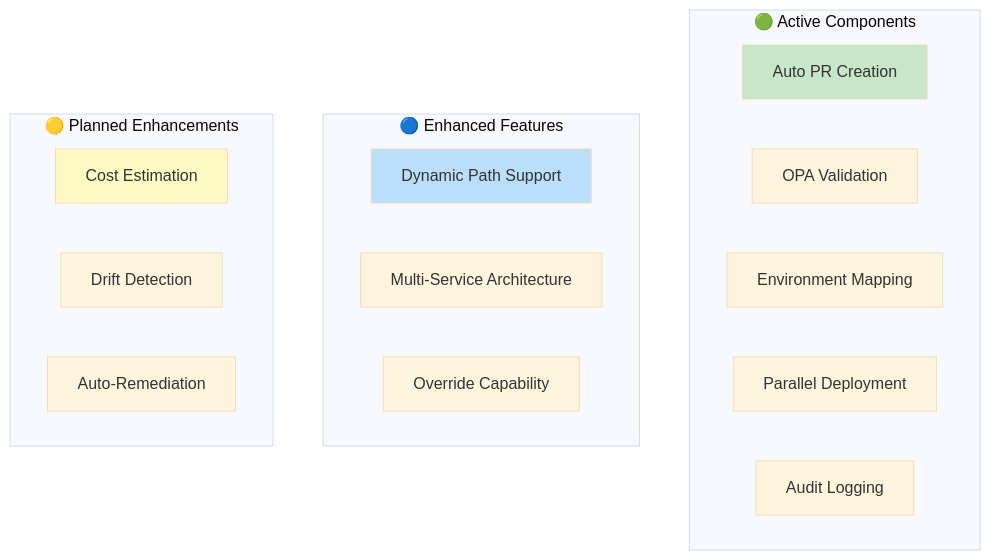
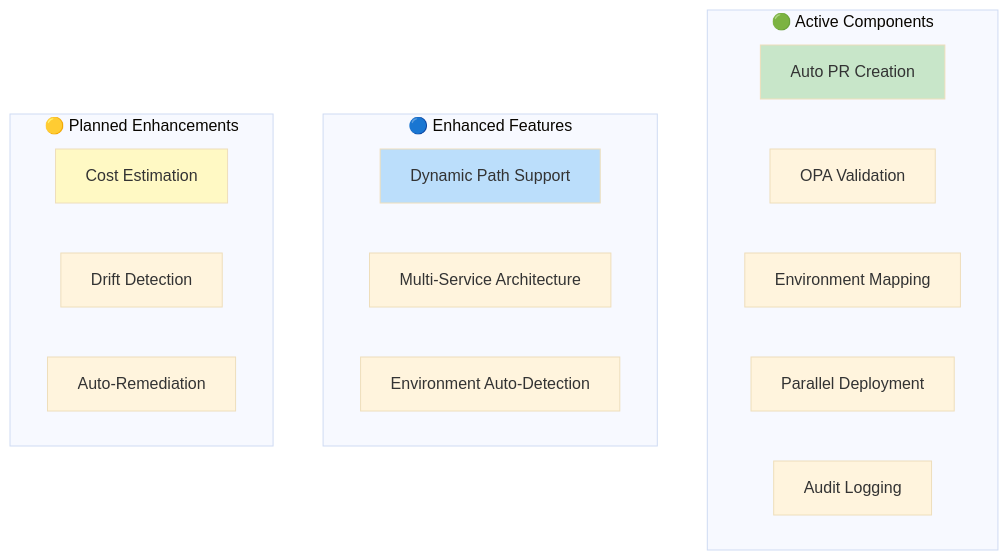
One commit to Terraform-centilazed-pipline/centerlized-pipline- changed diagram 22 of 22 in EXECUTIVE-WORKFLOW-OVERVIEW.md. Above: the diagram before and after it, drawn with Mermaid (base theme). The commit also changed other lines of this file, not shown here.

````diff
--- a/EXECUTIVE-WORKFLOW-OVERVIEW.md
+++ b/EXECUTIVE-WORKFLOW-OVERVIEW.md
@@ -1247,26 +1275,26 @@
 ```mermaid
 graph TB
     subgraph "🟢 Active Components"
         A1[Auto PR Creation]
         A2[OPA Validation]
         A3[Environment Mapping]
         A4[Parallel Deployment]
         A5[Audit Logging]
     end
     
     subgraph "🔵 Enhanced Features"
         E1[Dynamic Path Support]
         E2[Multi-Service Architecture]
-        E3[Override Capability]
+        E3[Environment Auto-Detection]
     end
     
     subgraph "🟡 Planned Enhancements"
         P1[Cost Estimation]
         P2[Drift Detection]
         P3[Auto-Remediation]
     end
     
     style A1 fill:#c8e6c9
     style E1 fill:#bbdefb
     style P1 fill:#fff9c4
 ```
````
